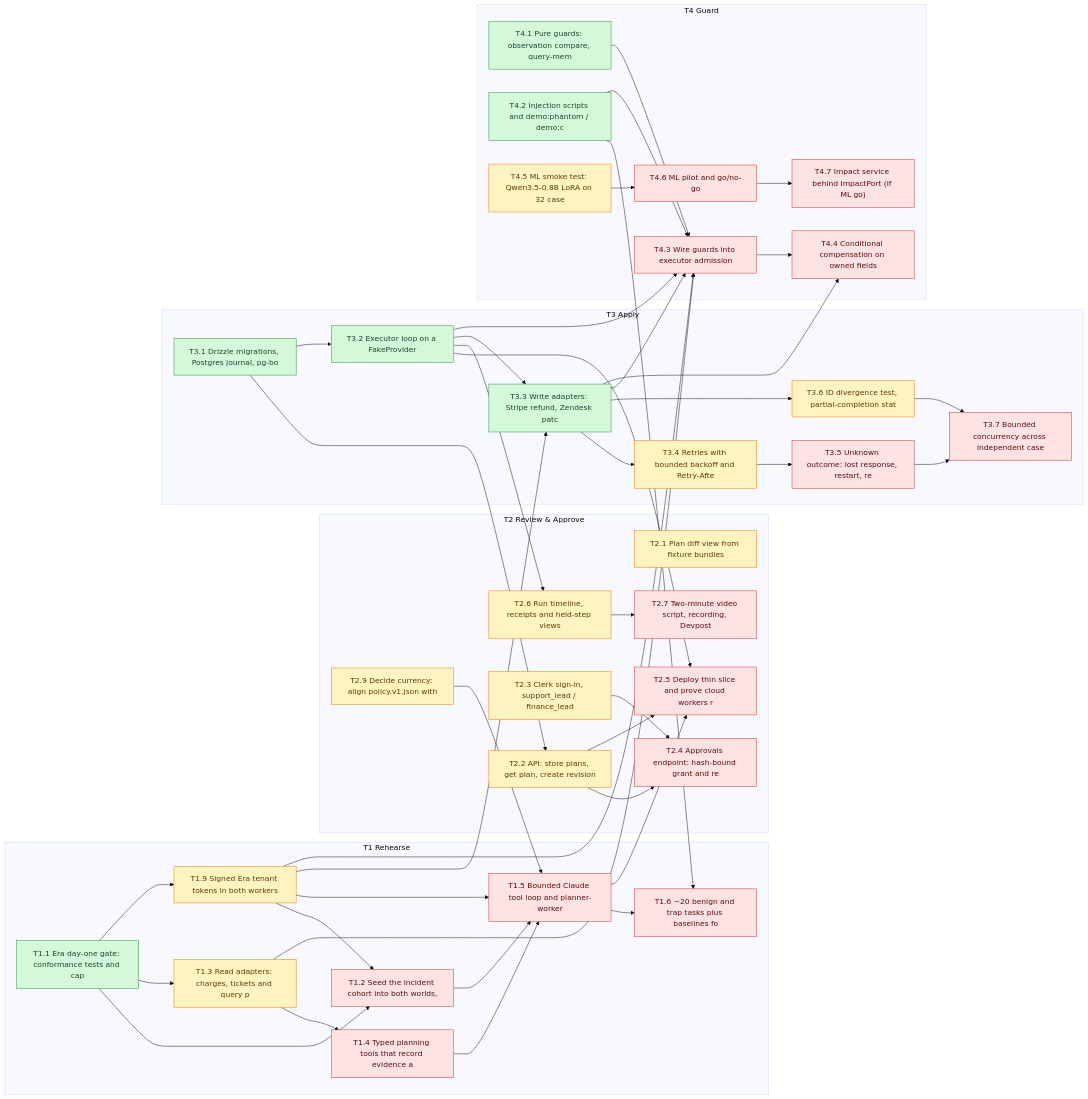
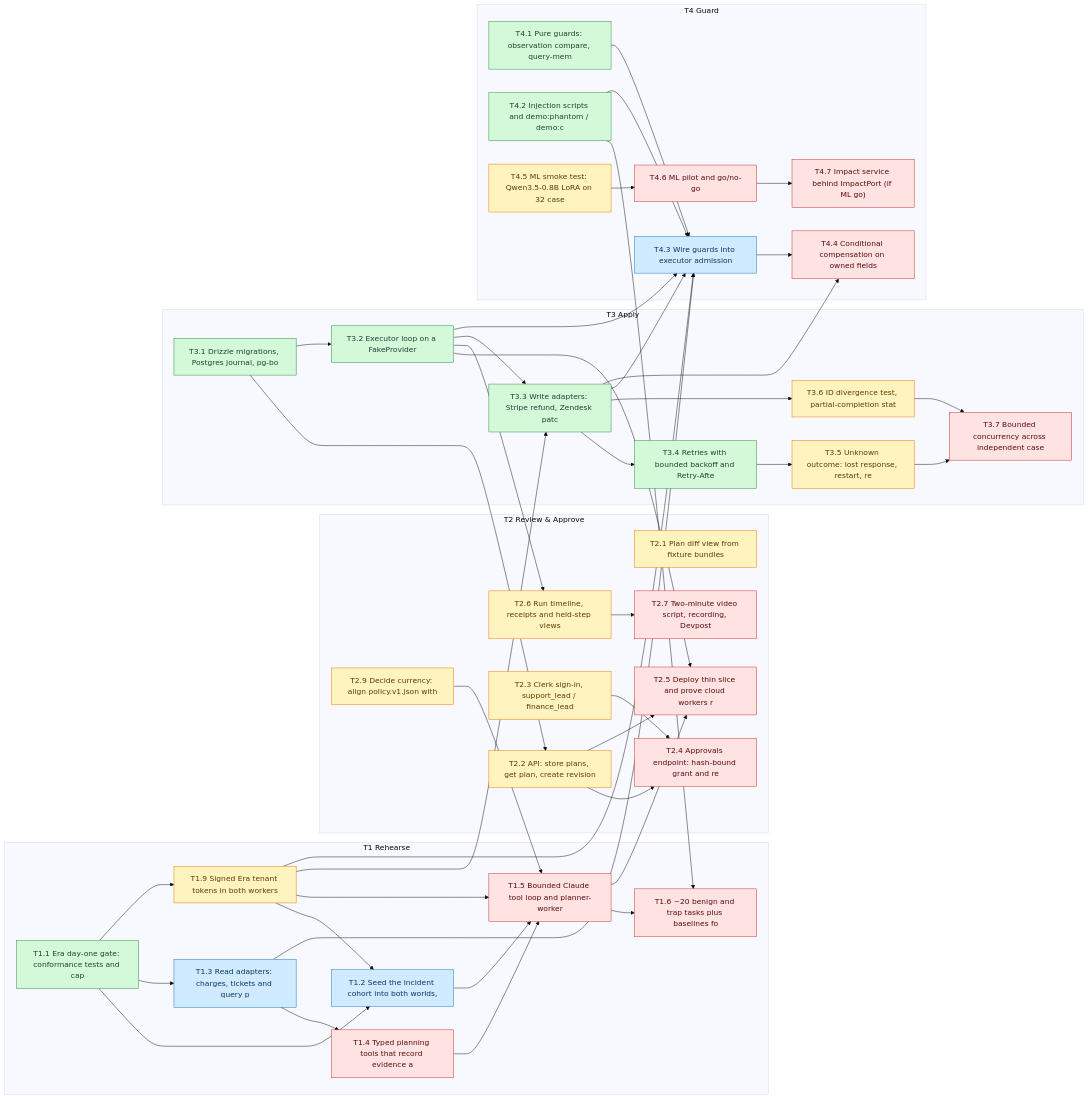
One commit to SoroushRF/Rehearsal changed the diagram in BLOCKERS.md. Above: the diagram before and after it, drawn with Mermaid (base theme). The commit also changed other lines of this file, not shown here.

````diff
--- a/BLOCKERS.md
+++ b/BLOCKERS.md
@@ -84,82 +84,82 @@
 ```mermaid
 flowchart LR
   classDef done fill:#d3f9d8,stroke:#2b8a3e,color:#1b4332
   classDef review fill:#d0ebff,stroke:#1971c2,color:#0b3460
   classDef progress fill:#e5dbff,stroke:#5f3dc4,color:#2b1a66
   classDef ready fill:#fff3bf,stroke:#e67700,color:#5c3c00
   classDef blocked fill:#ffe3e3,stroke:#c92a2a,color:#5c0a0a
   subgraph T1[T1 Rehearse]
     T1_1["T1.1 Era day-one gate: conformance tests and cap"]:::done
-    T1_2["T1.2 Seed the incident cohort into both worlds, "]:::blocked
-    T1_3["T1.3 Read adapters: charges, tickets and query p"]:::ready
+    T1_2["T1.2 Seed the incident cohort into both worlds, "]:::review
+    T1_3["T1.3 Read adapters: charges, tickets and query p"]:::review
     T1_4["T1.4 Typed planning tools that record evidence a"]:::blocked
     T1_5["T1.5 Bounded Claude tool loop and planner-worker"]:::blocked
     T1_6["T1.6 ~20 benign and trap tasks plus baselines fo"]:::blocked
     T1_9["T1.9 Signed Era tenant tokens in both workers"]:::ready
   end
   subgraph T2[T2 Review & Approve]
     T2_1["T2.1 Plan diff view from fixture bundles"]:::ready
     T2_2["T2.2 API: store plans, get plan, create revision"]:::ready
     T2_3["T2.3 Clerk sign-in, support_lead / finance_lead "]:::ready
     T2_4["T2.4 Approvals endpoint: hash-bound grant and re"]:::blocked
     T2_5["T2.5 Deploy thin slice and prove cloud workers r"]:::blocked
     T2_6["T2.6 Run timeline, receipts and held-step views "]:::ready
     T2_7["T2.7 Two-minute video script, recording, Devpost"]:::blocked
     T2_9["T2.9 Decide currency: align policy.v1.json with "]:::ready
   end
   subgraph T3[T3 Apply]
     T3_1["T3.1 Drizzle migrations, Postgres journal, pg-bo"]:::done
     T3_2["T3.2 Executor loop on a FakeProvider"]:::done
     T3_3["T3.3 Write adapters: Stripe refund, Zendesk patc"]:::done
-    T3_4["T3.4 Retries with bounded backoff and Retry-Afte"]:::ready
-    T3_5["T3.5 Unknown outcome: lost response, restart, re"]:::blocked
+    T3_4["T3.4 Retries with bounded backoff and Retry-Afte"]:::done
+    T3_5["T3.5 Unknown outcome: lost response, restart, re"]:::ready
     T3_6["T3.6 ID divergence test, partial-completion stat"]:::ready
     T3_7["T3.7 Bounded concurrency across independent case"]:::blocked
   end
   subgraph T4[T4 Guard]
     T4_1["T4.1 Pure guards: observation compare, query-mem"]:::done
     T4_2["T4.2 Injection scripts and demo:phantom / demo:c"]:::done
-    T4_3["T4.3 Wire guards into executor admission"]:::blocked
+    T4_3["T4.3 Wire guards into executor admission"]:::review
     T4_4["T4.4 Conditional compensation on owned fields"]:::blocked
     T4_5["T4.5 ML smoke test: Qwen3.5-0.8B LoRA on 32 case"]:::ready
     T4_6["T4.6 ML pilot and go/no-go"]:::blocked
     T4_7["T4.7 Impact service behind ImpactPort (if ML go)"]:::blocked
   end
   T1_1 --> T1_2
   T1_9 --> T1_2
   T1_1 --> T1_3
   T1_3 --> T1_4
   T1_2 --> T1_5
   T1_4 --> T1_5
   T1_9 --> T1_5
   T2_9 --> T1_5
   T1_5 --> T1_6
   T4_2 --> T1_6
   T1_1 --> T1_9
   T3_1 --> T2_2
   T2_2 --> T2_4
   T2_3 --> T2_4
   T2_2 --> T2_5
   T1_5 --> T2_5
   T3_2 --> T2_5
   T3_2 --> T2_6
   T2_6 --> T2_7
   T3_1 --> T3_2
   T3_2 --> T3_3
   T1_9 --> T3_3
   T3_3 --> T3_4
   T3_4 --> T3_5
   T3_3 --> T3_6
   T3_5 --> T3_7
   T3_6 --> T3_7
   T4_1 --> T4_3
   T4_2 --> T4_3
   T3_2 --> T4_3
   T1_3 --> T4_3
   T3_3 --> T4_3
   T1_9 --> T4_3
   T4_3 --> T4_4
   T3_3 --> T4_4
   T4_5 --> T4_6
   T4_6 --> T4_7
 ```
````
